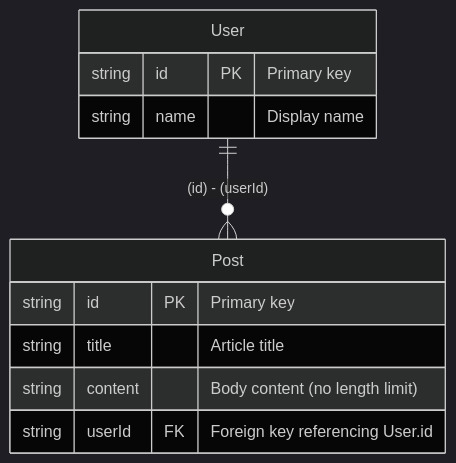
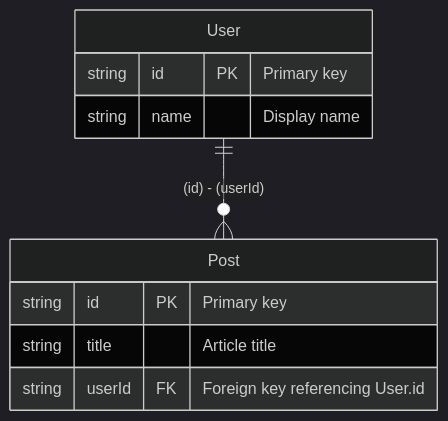
The diagram in packages/hekireki/README.md (nakita628/hekireki), drawn with Mermaid (dark theme) before and after one commit. The commit also changed other lines of this file and 7 other files, not shown here.

````diff
--- a/packages/hekireki/README.md
+++ b/packages/hekireki/README.md
@@ -1120,14 +262,13 @@
 ```mermaid
 erDiagram
     User ||--o{ Post : "(id) - (userId)"
     User {
         string id PK "Primary key"
         string name "Display name"
     }
     Post {
         string id PK "Primary key"
         string title "Article title"
-        string content "Body content (no length limit)"
         string userId FK "Foreign key referencing User.id"
     }
 ```
````
